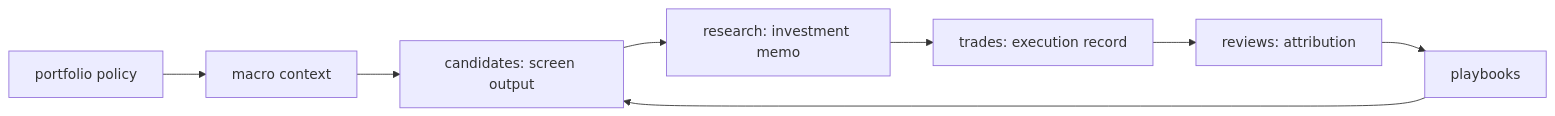
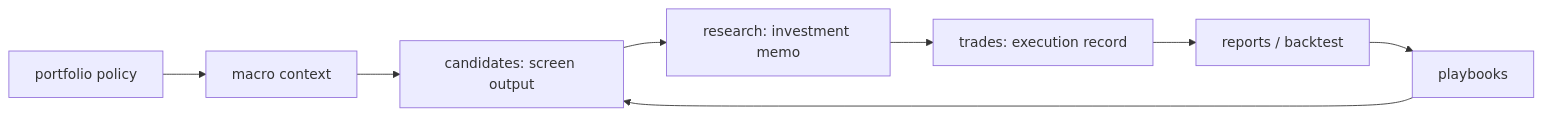
The diagram in docs/architecture/system-overview.md (koumatsumoto/baibai-loop), drawn with Mermaid before and after one commit. The commit also changed other lines of this file and 34 other files, not shown here.

````diff
--- a/docs/architecture/system-overview.md
+++ b/docs/architecture/system-overview.md
@@ -39,10 +39,10 @@
 ```mermaid
 flowchart LR
   policy["portfolio policy"] --> macro["macro context"]
   macro --> candidates["candidates: screen output"]
   candidates --> research["research: investment memo"]
   research --> trades["trades: execution record"]
-  trades --> reviews["reviews: attribution"]
-  reviews --> playbooks["playbooks"]
+  trades --> reports["reports / backtest"]
+  reports --> playbooks["playbooks"]
   playbooks --> candidates
 ```
````
